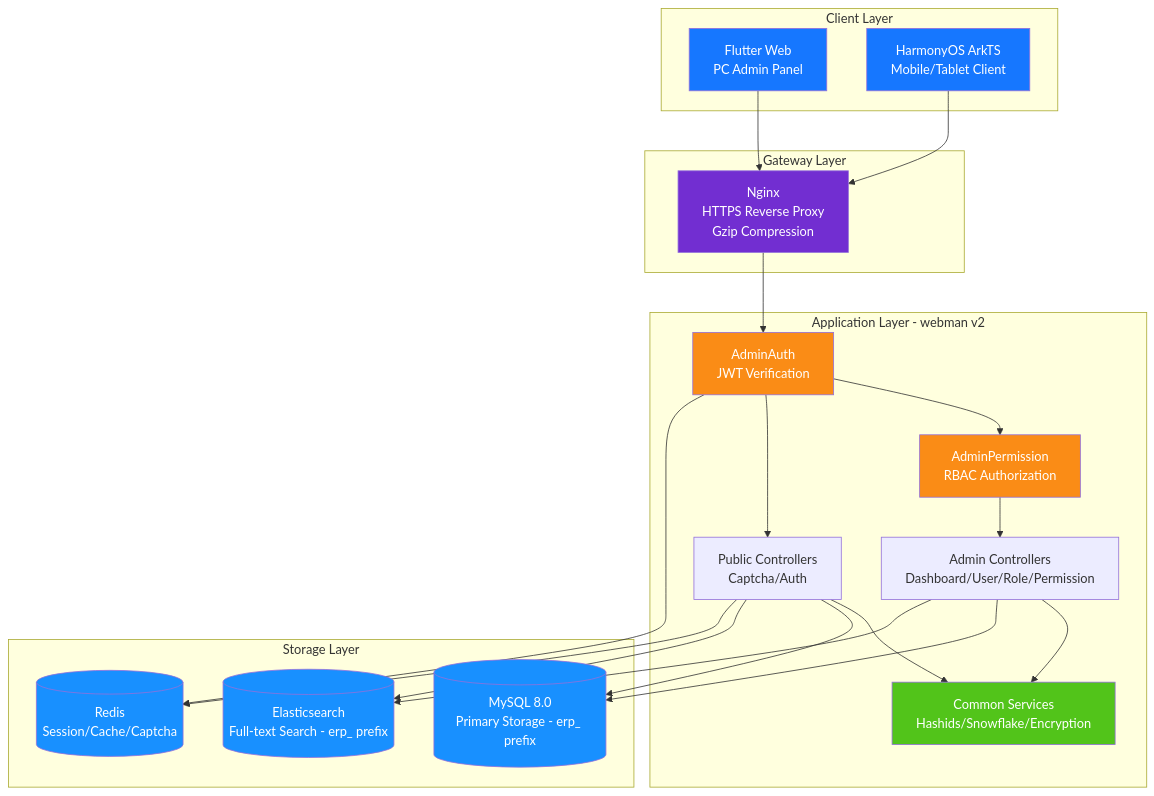
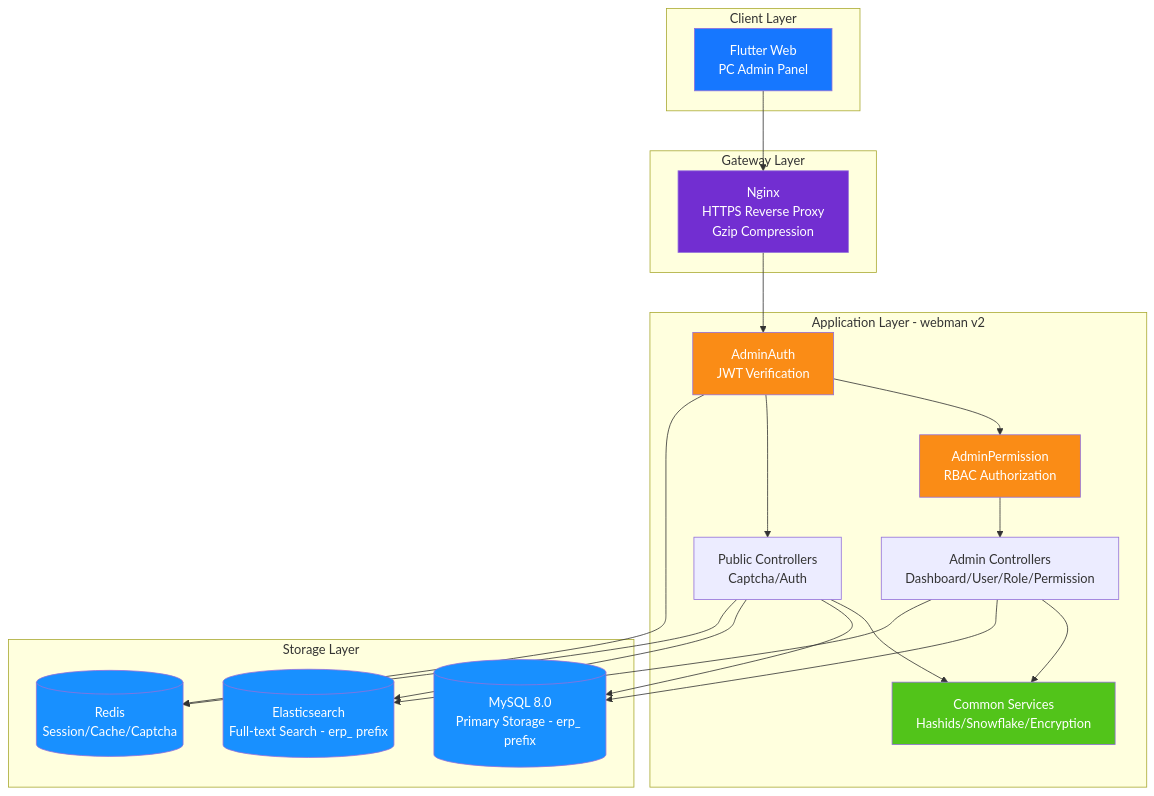
The diagram in docs/i18n/en/diagrams/01-system-architecture.md (erikwang2013/erp-php), drawn with Mermaid before and after one commit. The commit also changed 652 other files, not shown here.

Commit message:
文档：仅保留中英文 README，清理已移除功能与过时图片

````diff
--- a/docs/i18n/en/diagrams/01-system-architecture.md
+++ b/docs/i18n/en/diagrams/01-system-architecture.md
@@ -3,50 +3,47 @@
 ```mermaid
 flowchart TB
     subgraph clients["Client Layer"]
         flutter["Flutter Web<br/>PC Admin Panel"]
-        harmony["HarmonyOS ArkTS<br/>Mobile/Tablet Client"]
     end
 
     subgraph gateway["Gateway Layer"]
         nginx["Nginx<br/>HTTPS Reverse Proxy<br/>Gzip Compression"]
     end
 
     subgraph app["Application Layer - webman v2"]
         auth["AdminAuth<br/>JWT Verification"]
         perm["AdminPermission<br/>RBAC Authorization"]
         admin["Admin Controllers<br/>Dashboard/User/Role/Permission"]
         public["Public Controllers<br/>Captcha/Auth"]
         common["Common Services<br/>Hashids/Snowflake/Encryption"]
     end
 
     subgraph storage["Storage Layer"]
         mysql[("MySQL 8.0<br/>Primary Storage - erp_ prefix")]
         es[("Elasticsearch<br/>Full-text Search - erp_ prefix")]
         redis[("Redis<br/>Session/Cache/Captcha")]
     end
 
     flutter --> nginx
-    harmony --> nginx
     nginx --> auth
     auth --> perm
     perm --> admin
     auth --> public
     admin --> common
     public --> common
     admin --> mysql
     public --> mysql
     admin --> es
     public --> es
     auth --> redis
     public --> redis
 
     style flutter fill:#1677FF,color:#fff
-    style harmony fill:#1677FF,color:#fff
     style nginx fill:#722ED1,color:#fff
     style auth fill:#FA8C16,color:#fff
     style perm fill:#FA8C16,color:#fff
     style common fill:#52C41A,color:#fff
     style mysql fill:#1890FF,color:#fff
     style es fill:#1890FF,color:#fff
     style redis fill:#1890FF,color:#fff
 ```
````
